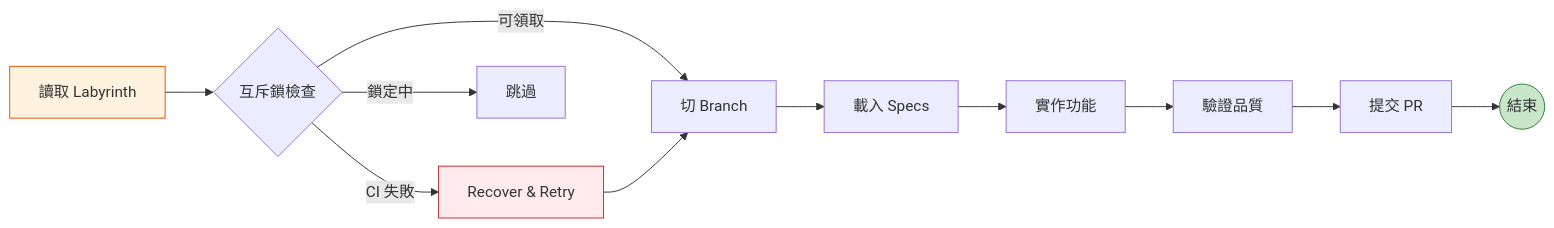
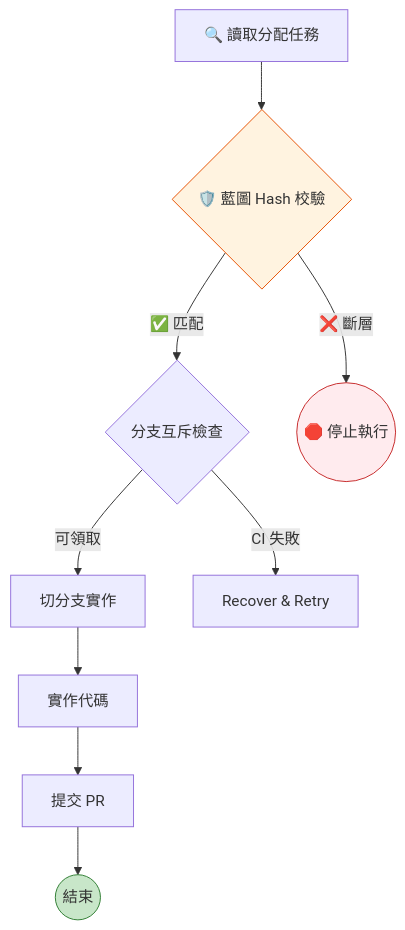
One commit to tibame201020/Daedal changed the diagram in docs/worker-protocol.qmd. Above: the diagram before and after it, drawn with Mermaid. The commit also changed other lines of this file and 14 other files, not shown here.

Commit message:
feat: implement Labyrinth 3.0 Literate Architecture

````diff
--- a/docs/worker-protocol.qmd
+++ b/docs/worker-protocol.qmd
@@ -18,17 +18,15 @@
 ```{mermaid}
-graph LR
-    Read[讀取 Labyrinth] --> Lock{互斥鎖檢查}
-    Lock -- 可領取 --> Branch[切 Branch]
+graph TD
+    Read[🔍 讀取分配任務] --> Sync{🛡️ 藍圖 Hash 校驗}
+    Sync -- "✅ 匹配" --> Lock{分支互斥檢查}
+    Sync -- "❌ 斷層" --> Die((🛑 停止執行))
+    Lock -- 可領取 --> Branch[切分支實作]
     Lock -- CI 失敗 --> Recover[Recover & Retry]
-    Lock -- 鎖定中 --> Skip[跳過]
-    Branch --> Spec[載入 Specs]
-    Spec --> Impl[實作功能]
-    Recover --> Branch
-    Impl --> Test[驗證品質]
-    Test --> PR[提交 PR]
+    Branch --> Impl[實作代碼]
+    Impl --> PR[提交 PR]
     PR --> Done((結束))
 
-    style Read fill:#fff3e0,stroke:#e65100
-    style Recover fill:#ffebee,stroke:#c62828
+    style Sync fill:#fff3e0,stroke:#e65100
+    style Die fill:#ffebee,stroke:#c62828
     style Done fill:#c8e6c9,stroke:#2e7d32
 ```
````
